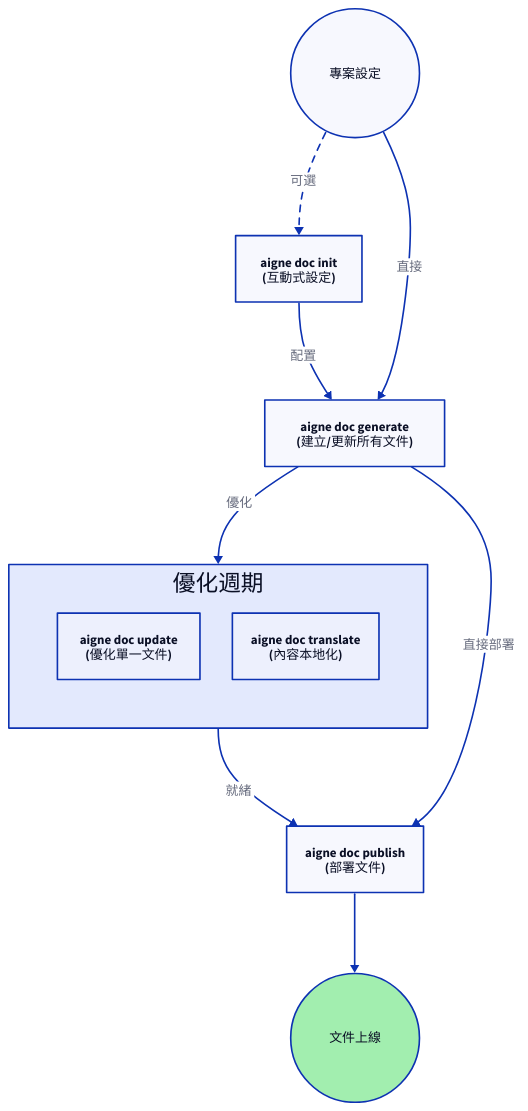
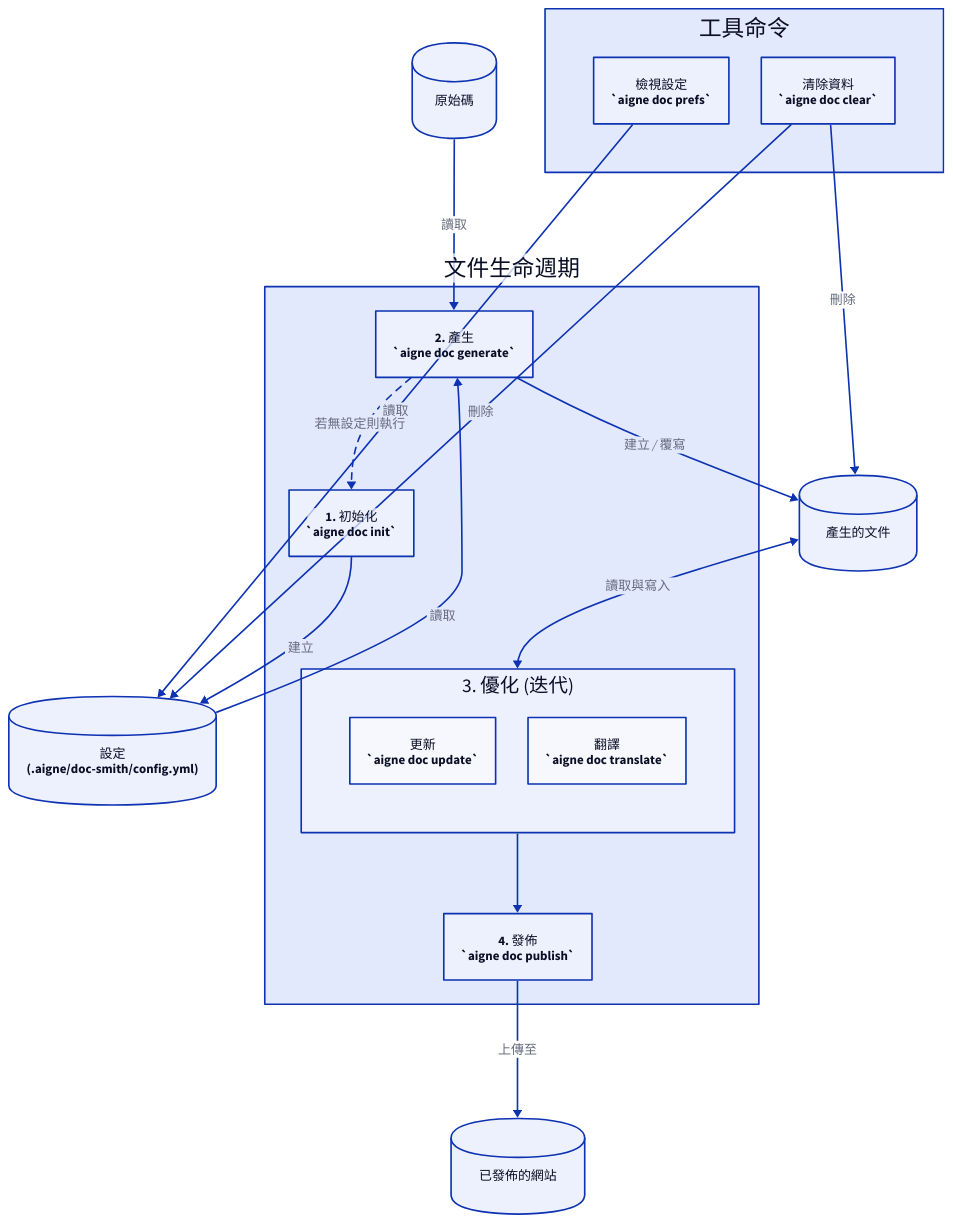
One commit to AIGNE-io/aigne-doc-smith changed the diagram in docs/cli-reference.zh-TW.md. Above: the diagram before and after it, drawn with D2. The commit also changed other lines of this file and 26 other files, not shown here.

````diff
--- a/docs/cli-reference.zh-TW.md
+++ b/docs/cli-reference.zh-TW.md
@@ -15,52 +15,95 @@
 ```d2
 direction: down
 
-Start: {
-  label: "專案設定"
-  shape: circle
+# Artifacts
+Source-Code: {
+  label: "原始碼"
+  shape: cylinder
+}
+Configuration: {
+  label: "設定\n(.aigne/doc-smith/config.yml)"
+  shape: cylinder
+}
+Generated-Docs: {
+  label: "產生的文件"
+  shape: cylinder
+}
+Published-Docs: {
+  label: "已發佈的網站"
+  shape: cylinder
 }
 
-init: {
-  label: "aigne doc init\n(互動式設定)"
-  shape: rectangle
-}
+# --- Core Workflow ---
+Lifecycle: {
+  label: "文件生命週期"
+  
+  init: {
+    label: "1. 初始化\n`aigne doc init`"
+    shape: rectangle
+  }
 
-generate: {
-  label: "aigne doc generate\n(建立/更新所有文件)"
-  shape: rectangle
-}
+  generate: {
+    label: "2. 產生\n`aigne doc generate`"
+    shape: rectangle
+  }
 
-refinement-cycle: {
-  label: "優化週期"
-  shape: rectangle
-  grid-columns: 2
+  Refinement: {
+    label: "3. 優化 (迭代)"
+    grid-columns: 2
 
-  update: {
-    label: "aigne doc update\n(優化單一文件)"
+    update: {
+      label: "更新\n`aigne doc update`"
+      shape: rectangle
+    }
+    translate: {
+      label: "翻譯\n`aigne doc translate`"
+      shape: rectangle
+    }
   }
-  translate: {
-    label: "aigne doc translate\n(內容本地化)"
+
+  publish: {
+    label: "4. 發佈\n`aigne doc publish`"
+    shape: rectangle
   }
 }
 
-publish: {
-  label: "aigne doc publish\n(部署文件)"
-  shape: rectangle
+# --- Utility Commands ---
+Utilities: {
+  label: "工具命令"
+  grid-columns: 2
+  
+  prefs: {
+    label: "檢視設定\n`aigne doc prefs`"
+    shape: rectangle
+  }
+  clear: {
+    label: "清除資料\n`aigne doc clear`"
+    shape: rectangle
+  }
 }
 
-End: {
-  label: "文件上線"
-  shape: circle
-  style.fill: "#a2eeaf"
+
+# --- Connections ---
+
+# Setup and Generation
+Lifecycle.init -> Configuration: "建立"
+Source-Code -> Lifecycle.generate: "讀取"
+Configuration -> Lifecycle.generate: "讀取"
+Lifecycle.generate -> Generated-Docs: "建立 / 覆寫"
+Lifecycle.generate -> Lifecycle.init: {
+  label: "若無設定則執行"
+  style.stroke-dash: 4
 }
 
-Start -> init: "可選" {
-  style.stroke-dash: 4
-}
-init -> generate: "配置"
-Start -> generate: "直接"
-generate -> refinement-cycle: "優化"
-refinement-cycle -> publish: "就緒"
-generate -> publish: "直接部署"
-publish -> End
+# Refinement Loop
+Generated-Docs <-> Lifecycle.Refinement: "讀取與寫入"
+
+# Publishing
+Lifecycle.Refinement -> Lifecycle.publish
+Lifecycle.publish -> Published-Docs: "上傳至"
+
+# Utility Connections
+Utilities.prefs -> Configuration: "讀取"
+Utilities.clear -> Configuration: "刪除"
+Utilities.clear -> Generated-Docs: "刪除"
 ```
````
